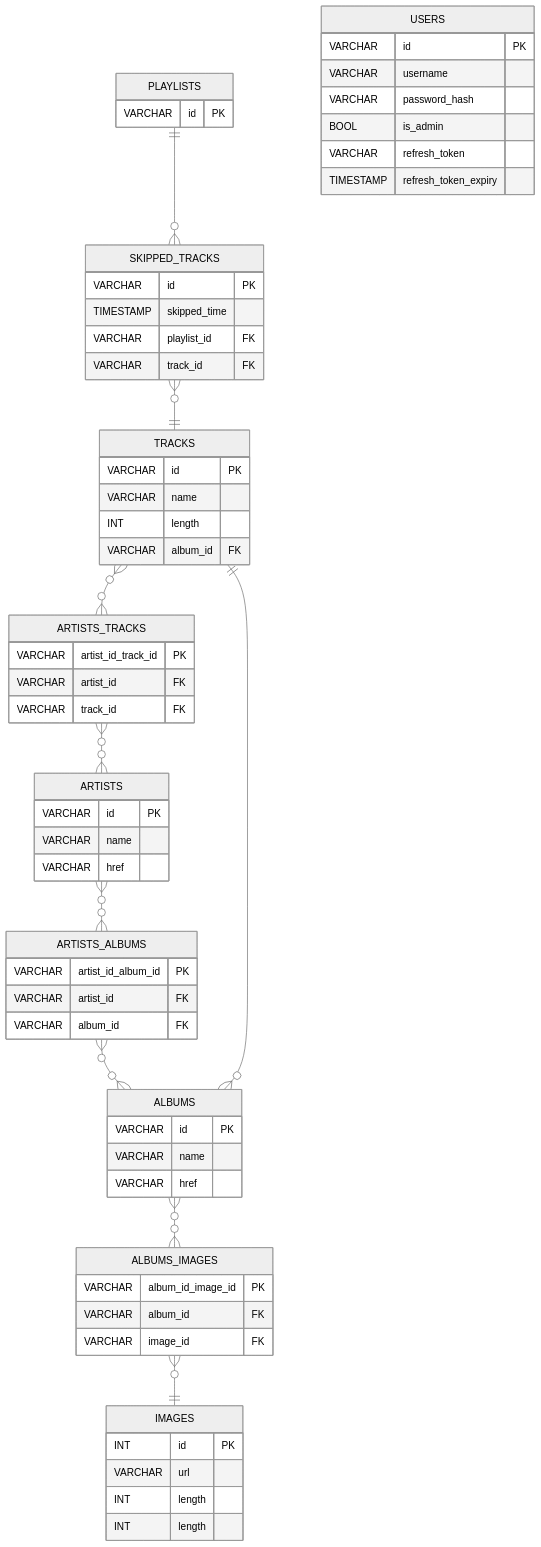
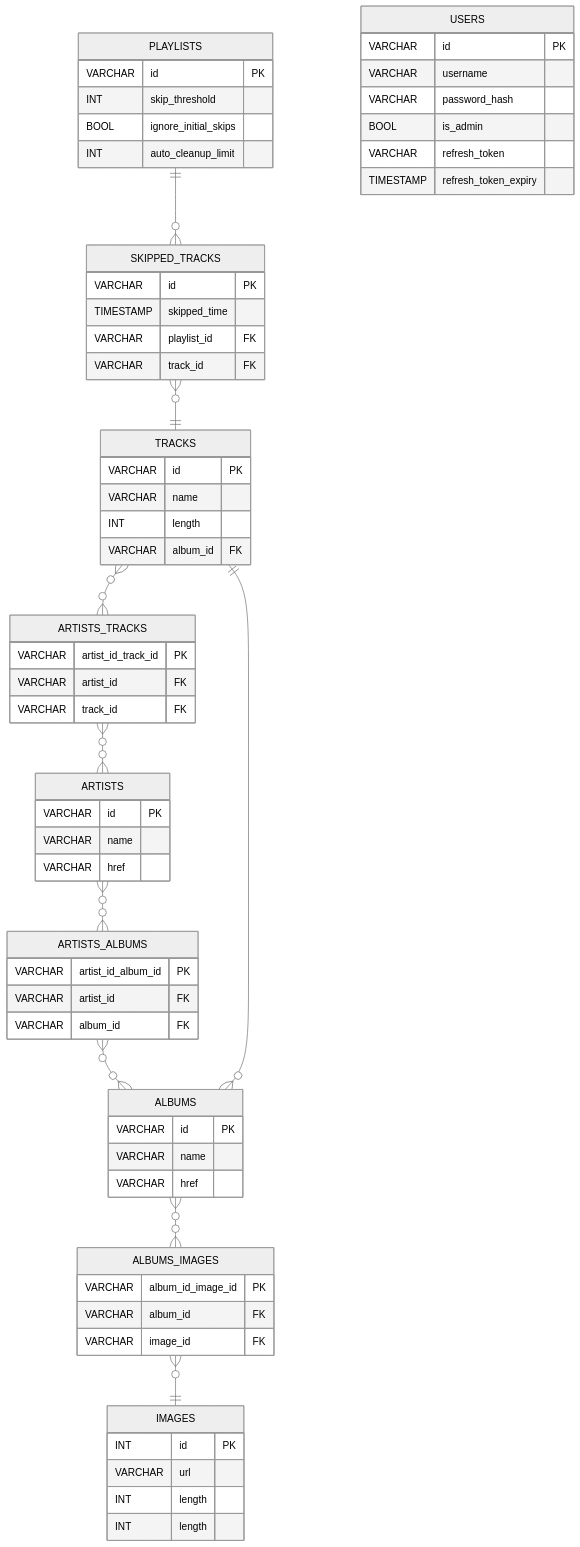
The diagram in docs/entity-relationship-diagram.md (paulmccarron/spotify-playlist-janitor), drawn with Mermaid before and after one commit. The commit also changed 25 other files, not shown here.

````diff
--- a/docs/entity-relationship-diagram.md
+++ b/docs/entity-relationship-diagram.md
@@ -5,77 +5,80 @@
 ``` mermaid
 %%{init: {'theme':'neutral'}}%%
 erDiagram
     PLAYLISTS ||--o{ SKIPPED_TRACKS : ""
     SKIPPED_TRACKS }o--|| TRACKS : ""
     TRACKS }o--o{ ARTISTS_TRACKS : ""
     ARTISTS_TRACKS }o--o{ ARTISTS : ""
     ARTISTS }o--o{ ARTISTS_ALBUMS : ""
     ARTISTS_ALBUMS }o--o{ ALBUMS : ""
     TRACKS ||--o{ ALBUMS : ""
     ALBUMS }o--o{ ALBUMS_IMAGES : ""
     ALBUMS_IMAGES }o--|| IMAGES : ""
 
     PLAYLISTS {
         VARCHAR id PK
+        INT skip_threshold
+        BOOL ignore_initial_skips
+        INT auto_cleanup_limit
     }
 
     ARTISTS {
         VARCHAR id PK
         VARCHAR name
         VARCHAR href
     }
 
     ALBUMS {
         VARCHAR id PK
         VARCHAR name
         VARCHAR href
     }
 
     TRACKS {
         VARCHAR id PK
         VARCHAR name
         INT length
         VARCHAR album_id FK
     }
 
     IMAGES {
         INT id PK
         VARCHAR url
         INT length
         INT length
     }
 
     ARTISTS_ALBUMS {
         VARCHAR artist_id_album_id PK
         VARCHAR artist_id FK
         VARCHAR album_id FK
     }
 
     ARTISTS_TRACKS {
         VARCHAR artist_id_track_id PK
         VARCHAR artist_id FK
         VARCHAR track_id FK
     }
 
     ALBUMS_IMAGES {
         VARCHAR album_id_image_id PK
         VARCHAR album_id FK
         VARCHAR image_id FK
     }
     
     SKIPPED_TRACKS {
         VARCHAR id PK
         TIMESTAMP skipped_time
         VARCHAR playlist_id FK
         VARCHAR track_id FK
     }
     
     USERS {
         VARCHAR id PK
         VARCHAR username
         VARCHAR password_hash
         BOOL is_admin
         VARCHAR refresh_token
         TIMESTAMP refresh_token_expiry
     }
 ```
````
